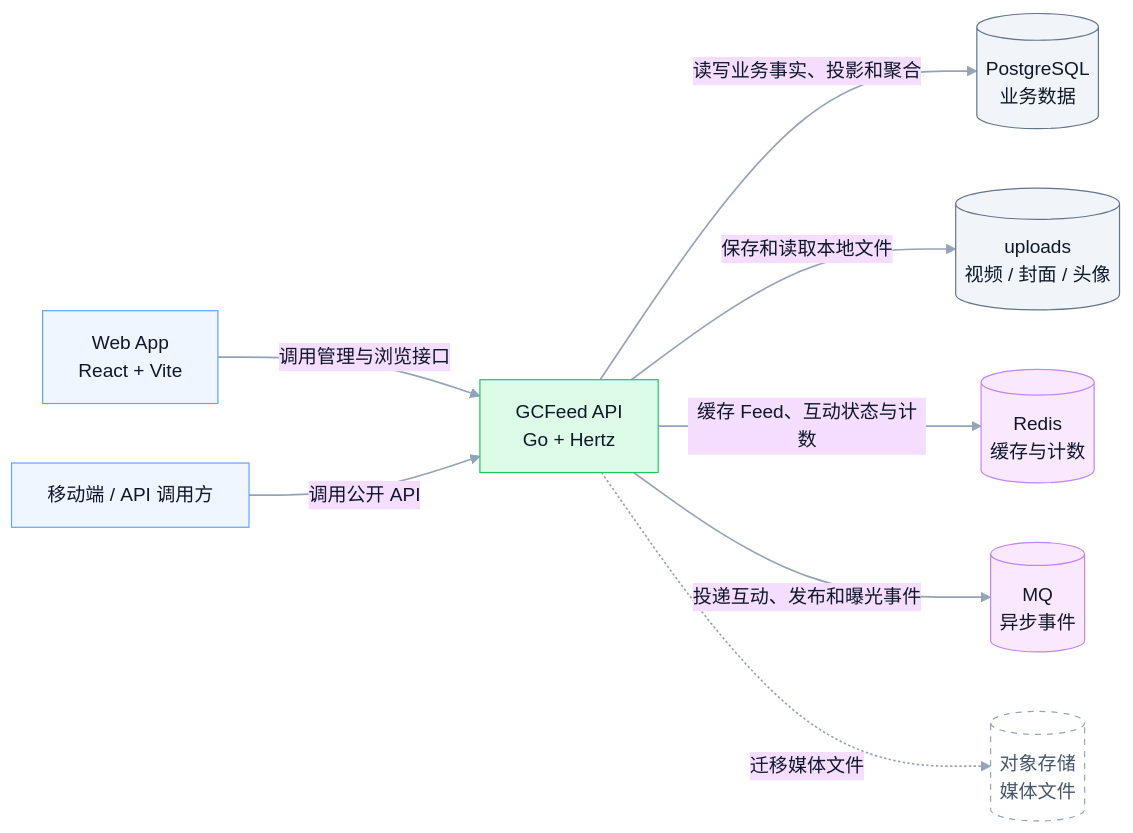
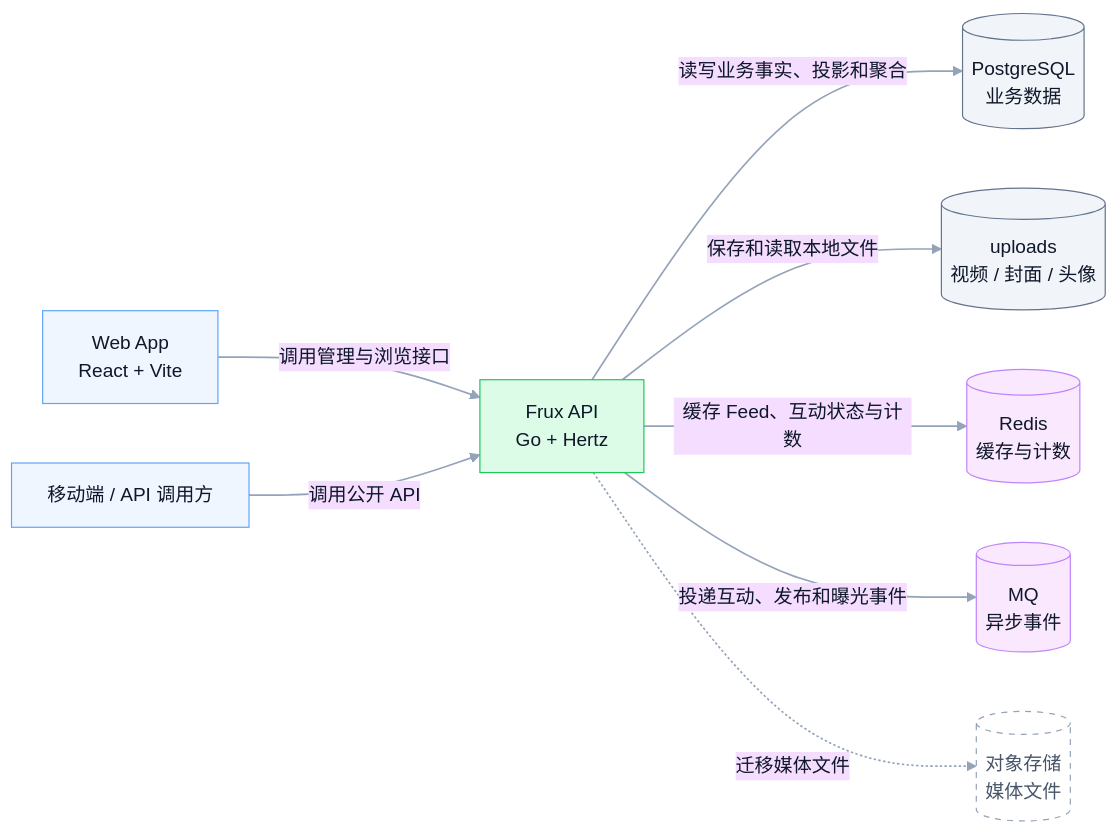
The first of 8 diagrams in docs/architecture.md (shiyudesu/frux), drawn with Mermaid before and after one commit. The commit also changed other lines of this file and 241 other files, not shown here.

````diff
--- a/docs/architecture.md
+++ b/docs/architecture.md
@@ -9,45 +9,45 @@
 ```mermaid
 ---
 config:
   theme: base
   layout: dagre
   themeVariables:
     background: transparent
     fontFamily: Inter, PingFang SC, Microsoft YaHei, Arial
     primaryTextColor: "#0F172A"
     lineColor: "#94A3B8"
     clusterBkg: "#F8FAFC"
     clusterBorder: "#CBD5E1"
 ---
 flowchart LR
-  %% GCFeed MVP system context
+  %% Frux MVP system context
   classDef client fill:#EFF6FF,stroke:#60A5FA,color:#0F172A,stroke-width:1px;
   classDef system fill:#DCFCE7,stroke:#22C55E,color:#0F172A,stroke-width:1px;
   classDef store fill:#F1F5F9,stroke:#64748B,color:#0F172A,stroke-width:1px;
   classDef service fill:#FAE8FF,stroke:#C084FC,color:#0F172A,stroke-width:1px;
   classDef future fill:#FFFFFF,stroke:#94A3B8,color:#475569,stroke-width:1px,stroke-dasharray:5 5;
 
   Web["Web App<br/>React + Vite"]
   Client["移动端 / API 调用方"]
-  API["GCFeed API<br/>Go + Hertz"]
+  API["Frux API<br/>Go + Hertz"]
   PostgreSQL[("PostgreSQL<br/>业务数据")]
   Uploads[("uploads<br/>视频 / 封面 / 头像")]
   Redis[("Redis<br/>缓存与计数")]
   MQ[("MQ<br/>异步事件")]
   ObjectStorage[("对象存储<br/>媒体文件")]
 
   Web -->|"调用管理与浏览接口"| API
   Client -->|"调用公开 API"| API
   API -->|"读写业务事实、投影和聚合"| PostgreSQL
   API -->|"保存和读取本地文件"| Uploads
   API -->|"缓存 Feed、互动状态与计数"| Redis
   API -->|"投递互动、发布和曝光事件"| MQ
   API -.->|"迁移媒体文件"| ObjectStorage
 
   class Web,Client client;
   class API system;
   class PostgreSQL,Uploads store;
   class Redis,MQ service;
   class ObjectStorage future;
   linkStyle default stroke:#94A3B8,stroke-width:1.4px
 ```
````
